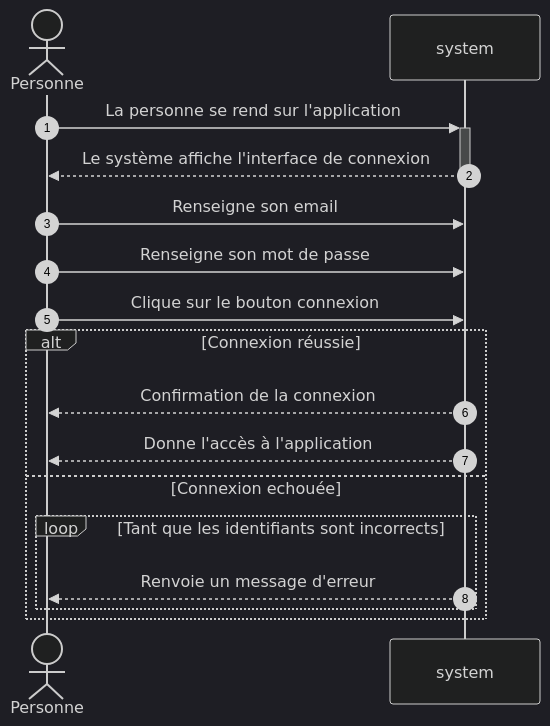
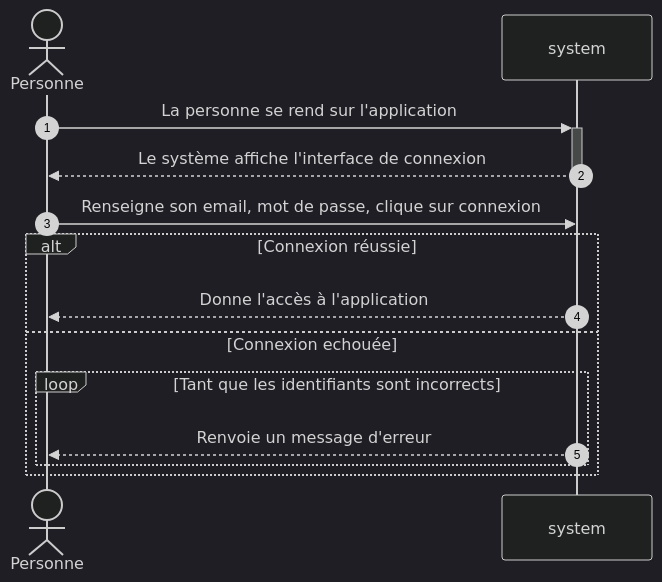
One commit to Tony-marques/p5_blog changed the diagram in public/UML/sd_authentification.md. Above: the diagram before and after it, drawn with Mermaid (dark theme). The commit also changed 28 other files, not shown here.

````diff
--- a/public/UML/sd_authentification.md
+++ b/public/UML/sd_authentification.md
@@ -1,23 +1,21 @@
 ```mermaid
 sequenceDiagram
     autonumber
     actor Personne 
 
     Personne->>+system: La personne se rend sur l'application
     system-->>-Personne: Le système affiche l'interface de connexion
 
-    Personne->>system: Renseigne son email
-    Personne->>system: Renseigne son mot de passe
-    Personne->>system: Clique sur le bouton connexion
+    Personne->>system: Renseigne son email, mot de passe, clique sur connexion
 
     alt Connexion réussie
-    system-->>Personne: Confirmation de la connexion
+
     system-->>Personne: Donne l'accès à l'application
 
     else Connexion echouée
       loop Tant que les identifiants sont incorrects
       system-->>Personne: Renvoie un message d'erreur
     end
 end
 
 ```
````
